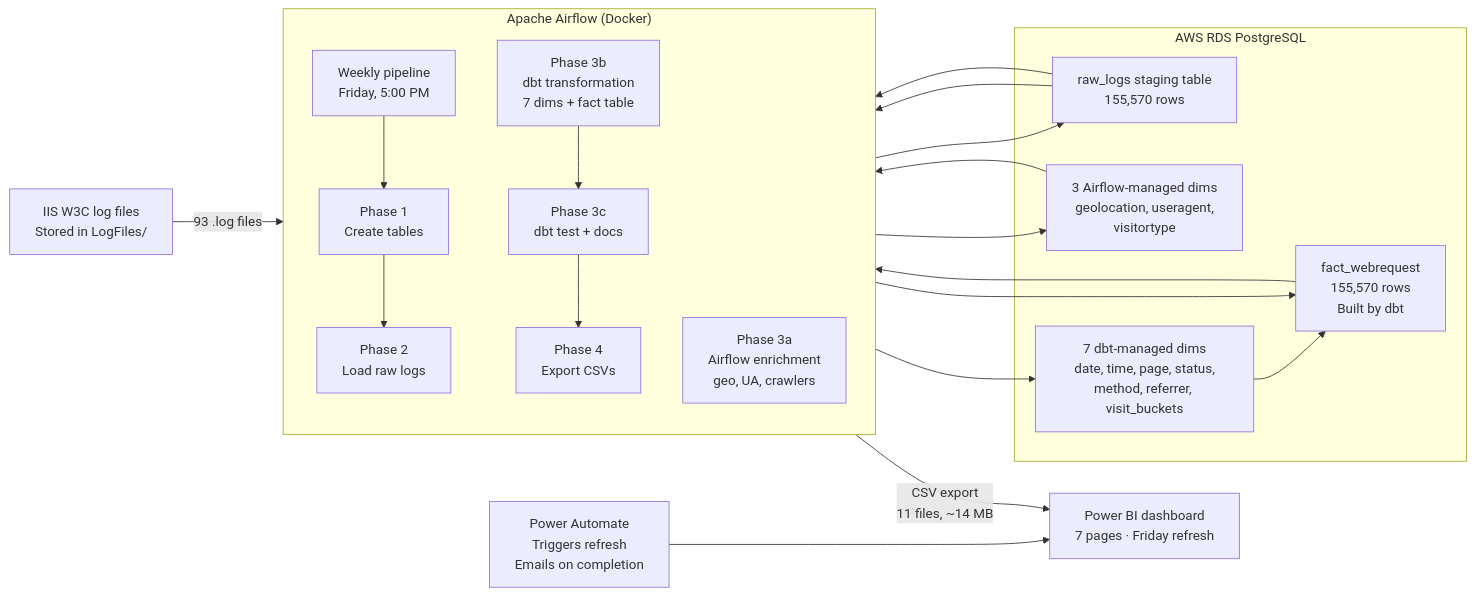
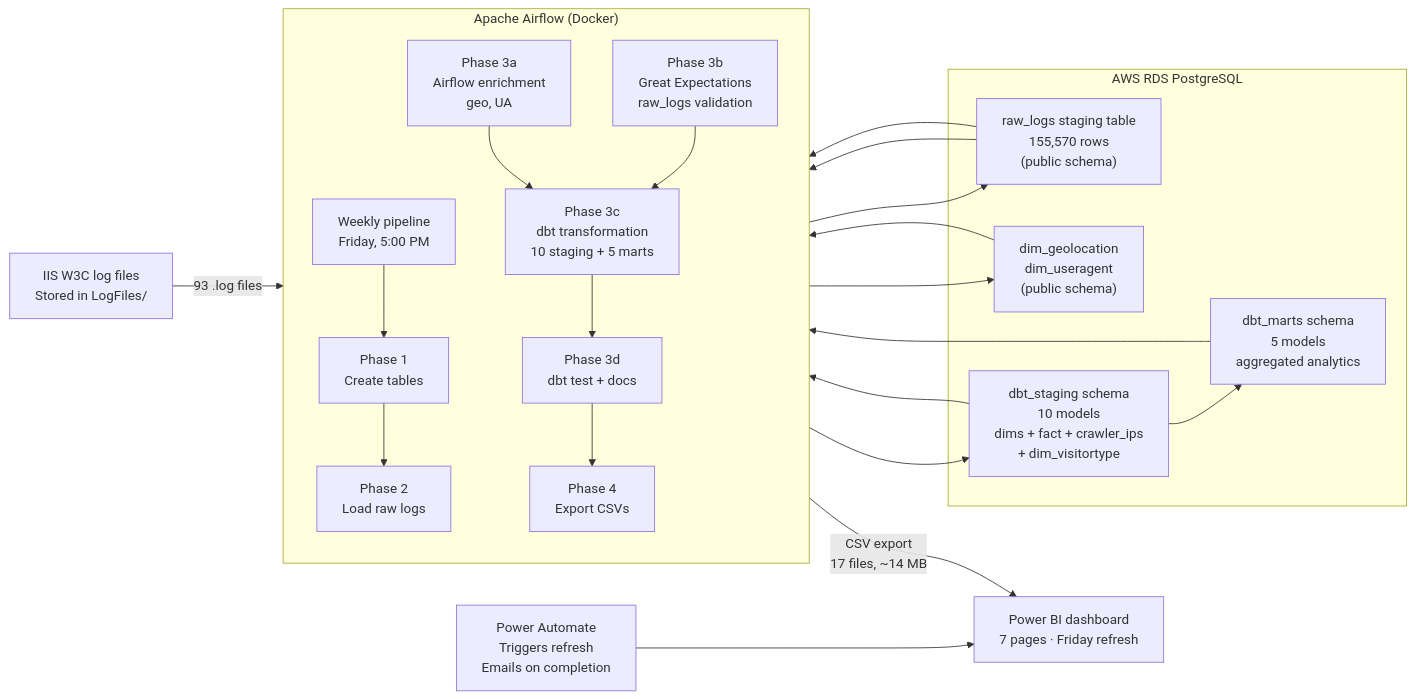
One commit to AhmedIkram05/w3c-etl-pipeline changed the first of 10 diagrams in README.md. Above: the diagram before and after it, drawn with Mermaid. The commit also changed other lines of this file, not shown here.

````diff
--- a/README.md
+++ b/README.md
@@ -75,37 +76,41 @@
 ```mermaid
 flowchart LR
     source["IIS W3C log files<br/>Stored in LogFiles/"]
     
     subgraph airflow["Apache Airflow (Docker)"]
         direction TB
         dag["Weekly pipeline<br/>Friday, 5:00 PM"]
         step1["Phase 1<br/>Create tables"]
         step2["Phase 2<br/>Load raw logs"]
-        step3["Phase 3a<br/>Airflow enrichment<br/>geo, UA, crawlers"]
-        step4["Phase 3b<br/>dbt transformation<br/>7 dims + fact table"]
-        step5["Phase 3c<br/>dbt test + docs"]
-        step6["Phase 4<br/>Export CSVs"]
+        step3a["Phase 3a<br/>Airflow enrichment<br/>geo, UA"]
+        step3b["Phase 3b<br/>Great Expectations<br/>raw_logs validation"]
+        step5["Phase 3c<br/>dbt transformation<br/>10 staging + 5 marts"]
+        step6["Phase 3d<br/>dbt test + docs"]
+        step7["Phase 4<br/>Export CSVs"]
     end
     
     subgraph warehouse["AWS RDS PostgreSQL"]
-        raw["raw_logs staging table<br/>155,570 rows"]
-        dims["3 Airflow-managed dims<br/>geolocation, useragent,<br/>visitortype"]
-        dbt_dims["7 dbt-managed dims<br/>date, time, page, status,<br/>method, referrer, visit_buckets"]
-        fact["fact_webrequest<br/>155,570 rows<br/>Built by dbt"]
+        raw["raw_logs staging table<br/>155,570 rows<br/>(public schema)"]
+        ge_dim["dim_geolocation<br/>dim_useragent<br/>(public schema)"]
+        dbt_staging_schema["dbt_staging schema<br/>10 models<br/>dims + fact + crawler_ips<br/>+ dim_visitortype"]
+        dbt_marts_schema["dbt_marts schema<br/>5 models<br/>aggregated analytics"]
     end
     
     powerbi["Power BI dashboard<br/>7 pages · Friday refresh"]
     automation["Power Automate<br/>Triggers refresh<br/>Emails on completion"]
 
     source -->|93 .log files| dag --> step1 --> step2 --> raw
-    raw --> step3 --> dims
-    raw --> step4
-    dims --> step4
-    step4 --> dbt_dims
-    step4 --> fact
-    dbt_dims --> fact
-    step4 --> step5
+    raw --> step3a --> ge_dim
+    raw --> step3b
+    step3a --> step5
+    step3b --> step5
+    ge_dim --> step5
+    step5 --> dbt_staging_schema
+    dbt_staging_schema --> dbt_marts_schema
     step5 --> step6
-    fact --> step6 -->|CSV export<br/>11 files, ~14 MB| powerbi
+    step6 --> step7
+    dbt_staging_schema --> step7
+    dbt_marts_schema --> step7
+    step7 -->|CSV export<br/>17 files, ~14 MB| powerbi
     automation --> powerbi
 ```
````
